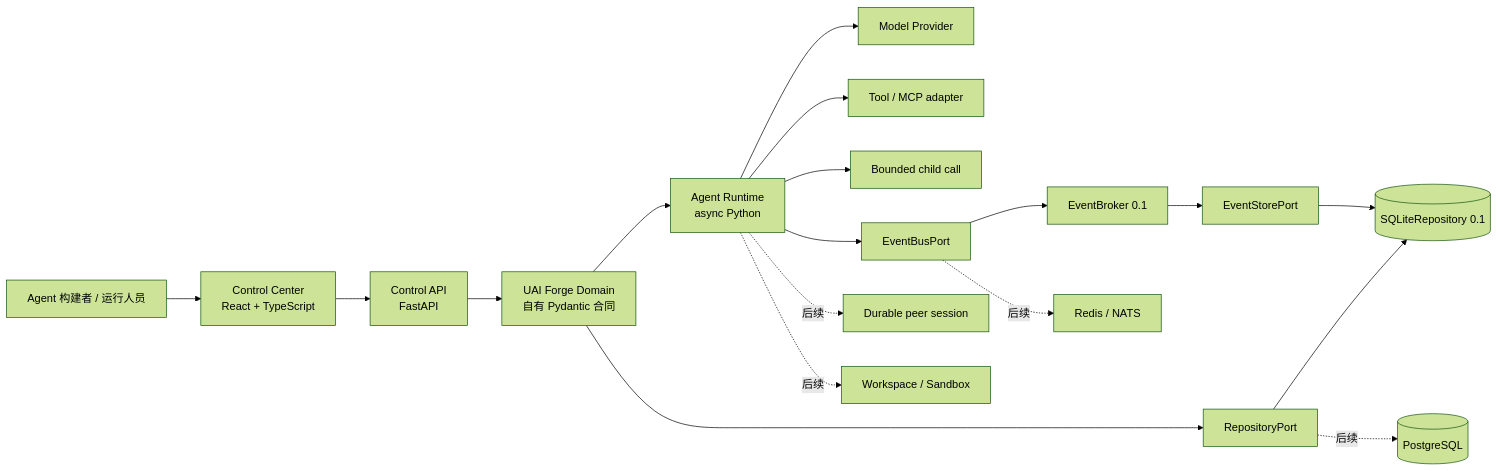
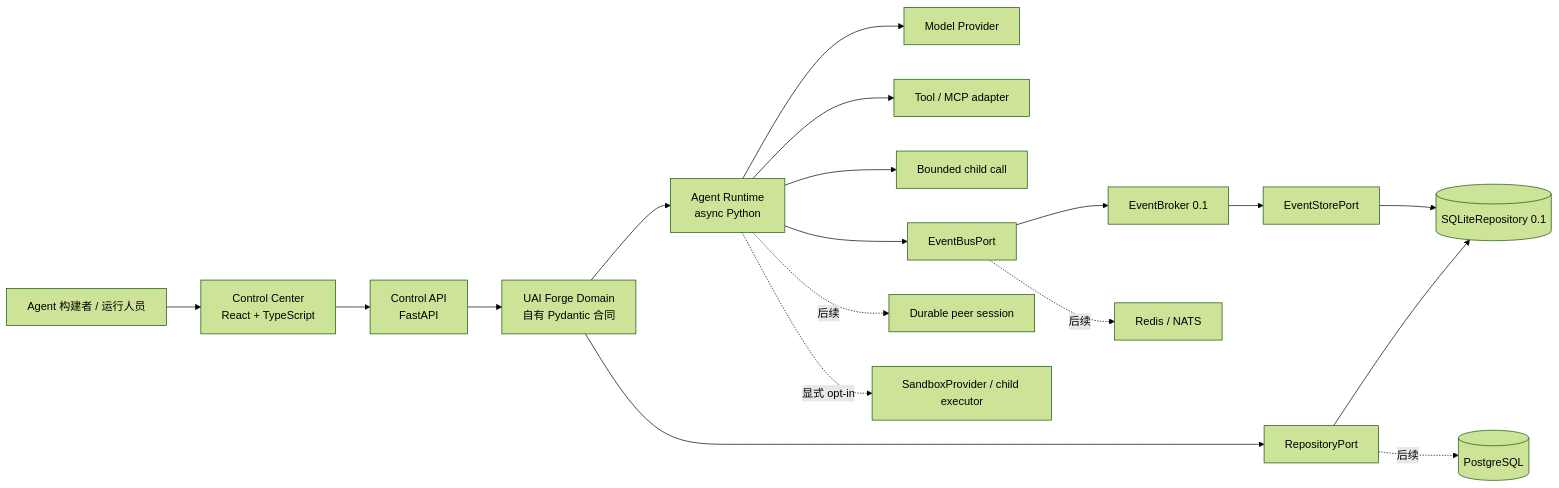
The first of 4 diagrams in docs/architecture/overview.md (414960701/uai), drawn with Mermaid (forest theme) before and after one commit. The commit also changed other lines of this file and 134 other files, not shown here.

````diff
--- a/docs/architecture/overview.md
+++ b/docs/architecture/overview.md
@@ -37,21 +37,21 @@
 ```mermaid
 flowchart LR
   Operator["Agent 构建者 / 运行人员"] --> Web["Control Center<br/>React + TypeScript"]
   Web --> API["Control API<br/>FastAPI"]
   API --> Domain["UAI Forge Domain<br/>自有 Pydantic 合同"]
   Domain --> Runtime["Agent Runtime<br/>async Python"]
   Domain --> Repository["RepositoryPort"]
   Runtime --> Provider["Model Provider"]
   Runtime --> Tool["Tool / MCP adapter"]
   Runtime --> Child["Bounded child call"]
   Runtime --> EventBus["EventBusPort"]
   Repository --> SQLite[("SQLiteRepository 0.1")]
   EventBus --> Broker["EventBroker 0.1"]
   Broker --> EventStore["EventStorePort"]
   EventStore --> SQLite
 
   Runtime -. "后续" .-> Peer["Durable peer session"]
   Repository -. "后续" .-> Postgres[("PostgreSQL")]
   EventBus -. "后续" .-> Redis["Redis / NATS"]
-  Runtime -. "后续" .-> Sandbox["Workspace / Sandbox"]
+  Runtime -. "显式 opt-in" .-> Sandbox["SandboxProvider / child executor"]
 ```
````
